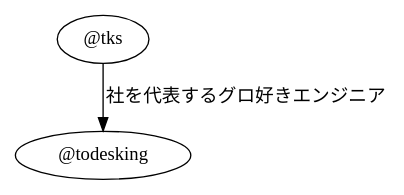
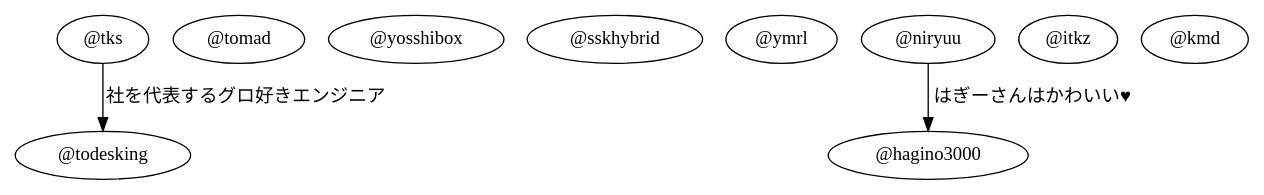
One commit to hametsu/chaos_image changed the diagram in relation/hameatsudo.dot. Above: the diagram before and after it, drawn with Graphviz. The commit also changed 1 other file, not shown here.

```diff
--- a/relation/hameatsudo.dot
+++ b/relation/hameatsudo.dot
@@ -1,3 +1,11 @@
 digraph Hameatsudo {
   "@tks" -> "@todesking" [label = "社を代表するグロ好きエンジニア"];
+  "@tomad"
+  "@yosshibox"
+  "@sskhybrid"
+  "@ymrl"
+  "@niryuu" -> "@hagino3000" [label = "はぎーさんはかわいい♥"];
+  "@itkz"
+  "@hagino3000"
+  "@kmd"
 }
```
